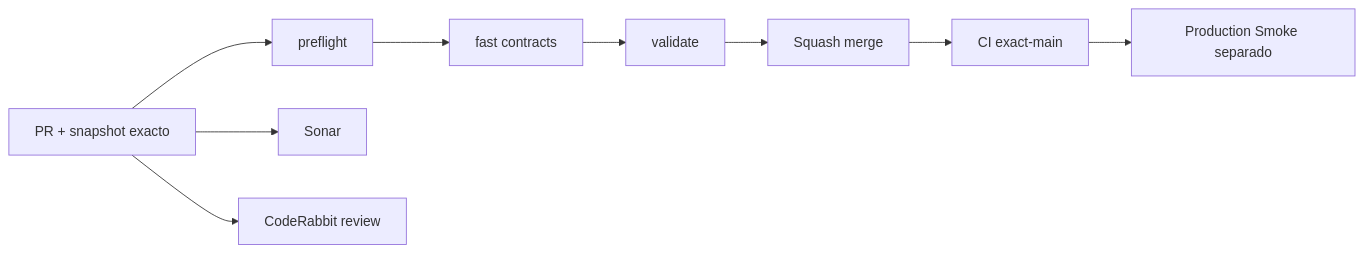
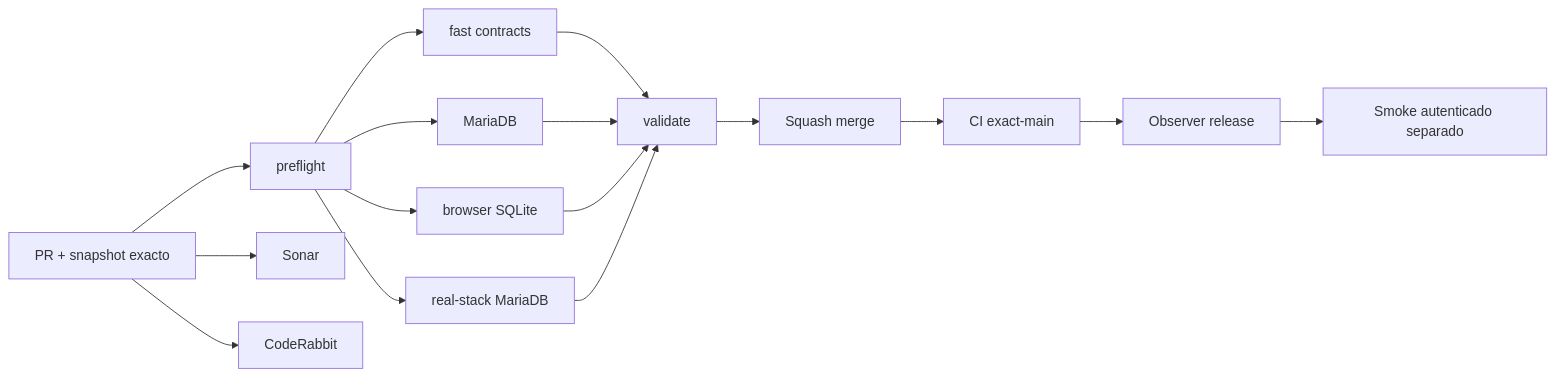
Before and after one commit to pl0n3r/GrindFlow: the diagram in README.md, drawn with Mermaid. The commit also changed other lines of this file, not shown here.

````diff
--- a/README.md
+++ b/README.md
@@ -52,11 +49,18 @@
 ```mermaid
 flowchart LR
  A["PR + snapshot exacto"] --> P["preflight"]
  P --> F["fast contracts"]
+ P --> D["MariaDB"]
+ P --> B["browser SQLite"]
+ P --> R["real-stack MariaDB"]
+ F --> V["validate"]
+ D --> V
+ B --> V
+ R --> V
  A --> S["Sonar"]
- A --> C["CodeRabbit review"]
- F --> V["validate"]
+ A --> C["CodeRabbit"]
  V --> M["Squash merge"]
  M --> X["CI exact-main"]
- X --> R["Production Smoke separado"]
+ X --> O["Observer release"]
+ O --> T["Smoke autenticado separado"]
 ```
````
